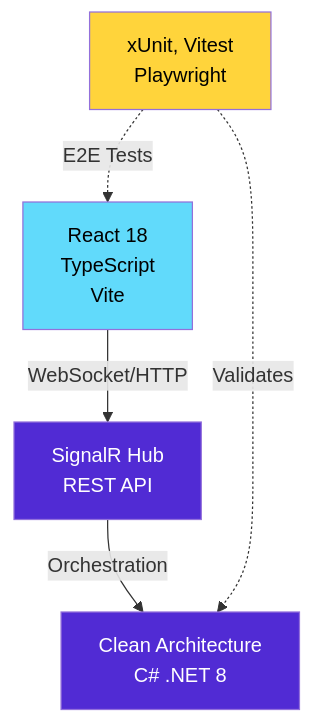
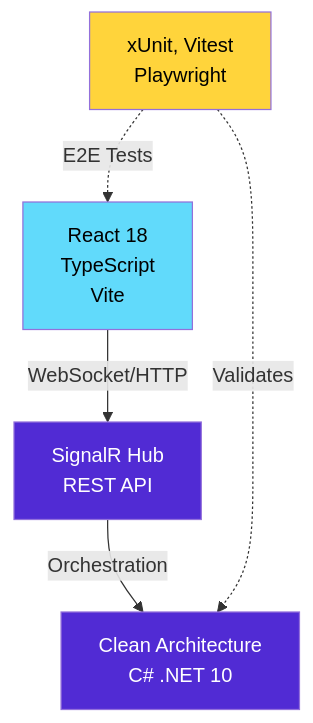
One commit to dotnetspark/OceanSimulator changed the first of 3 diagrams in README.md. Above: the diagram before and after it, drawn with Mermaid. The commit also changed other lines of this file, not shown here.

````diff
--- a/README.md
+++ b/README.md
@@ -7,17 +7,17 @@
 ```mermaid
 graph TB
     UI["React 18<br/>TypeScript<br/>Vite"]
     API["SignalR Hub<br/>REST API"]
-    BL["Clean Architecture<br/>C# .NET 8"]
+    BL["Clean Architecture<br/>C# .NET 10"]
     Test["xUnit, Vitest<br/>Playwright"]
     
     UI -->|WebSocket/HTTP| API
     API -->|Orchestration| BL
     Test -.->|Validates| BL
     Test -.->|E2E Tests| UI
     
     style UI fill:#61dafb,color:#000
     style API fill:#512bd4,color:#fff
     style BL fill:#512bd4,color:#fff
     style Test fill:#ffd43b,color:#000
 ```
````
